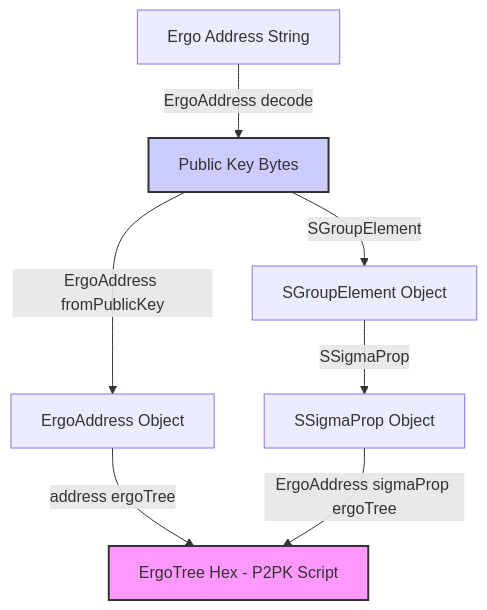
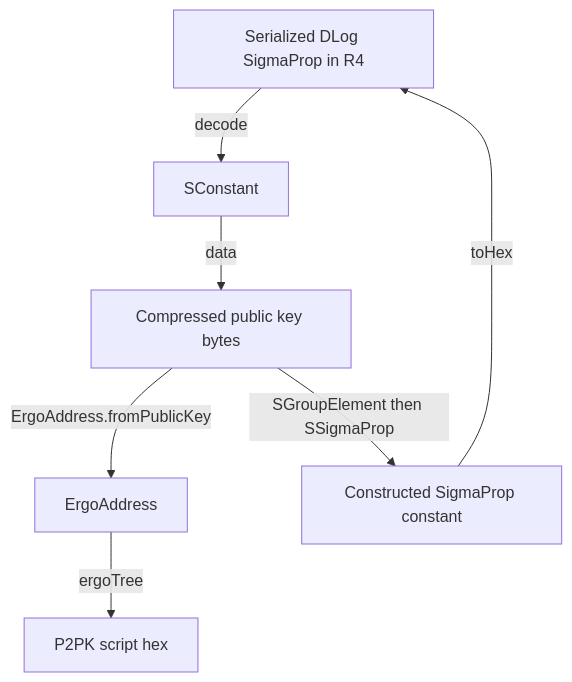
The diagram in docs/dev/tutorials/fleet-sdk-recipes.md (ergoplatform/ergodocs), drawn with Mermaid before and after one commit. The commit also changed other lines of this file and 8 other files, not shown here.

````diff
--- a/docs/dev/tutorials/fleet-sdk-recipes.md
+++ b/docs/dev/tutorials/fleet-sdk-recipes.md
@@ -620,12 +260,9 @@
 ```mermaid
 graph TD
-    A[Ergo Address String] -->|"ErgoAddress decode"| B[Public Key Bytes]
-    B -->|"ErgoAddress fromPublicKey"| C[ErgoAddress Object]
-    B -->|"SGroupElement"| D[SGroupElement Object]
-    D -->|"SSigmaProp"| E[SSigmaProp Object]
-    C -->|"address ergoTree"| F[ErgoTree Hex - P2PK Script]
-    E -->|"ErgoAddress sigmaProp ergoTree"| F
-
-    style F fill:#f9f,stroke:#333,stroke-width:2px
-    style B fill:#ccf,stroke:#333,stroke-width:2px
+    A[Serialized DLog SigmaProp in R4] -->|decode| B[SConstant]
+    B -->|data| C[Compressed public key bytes]
+    C -->|ErgoAddress.fromPublicKey| D[ErgoAddress]
+    D -->|ergoTree| E[P2PK script hex]
+    C -->|SGroupElement then SSigmaProp| F[Constructed SigmaProp constant]
+    F -->|toHex| A
 ```
````
